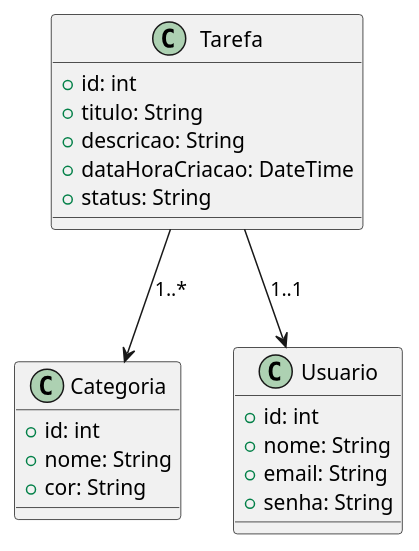
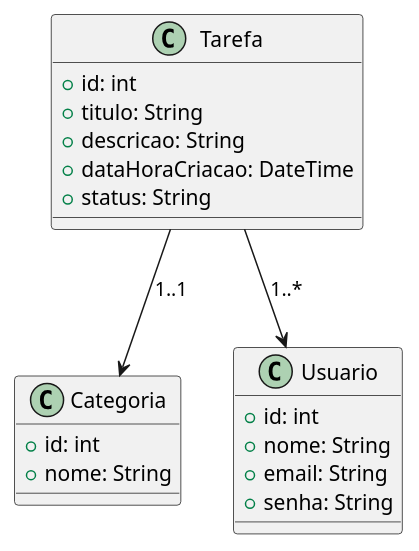
One commit to Pedro-Balestra/desafio-softpar changed the diagram in MER.plantuml. Above: the diagram before and after it, drawn with PlantUML. The commit also changed 9 other files, not shown here.

```diff
--- a/MER.plantuml
+++ b/MER.plantuml
@@ -1,25 +1,24 @@
 @startuml MER
 class Tarefa {
   +id: int
   +titulo: String
   +descricao: String
   +dataHoraCriacao: DateTime
   +status: String
 }
 
 class Categoria {
   +id: int
   +nome: String
-  +cor: String
 }
 
 class Usuario {
   +id: int
   +nome: String
   +email: String
   +senha: String
 }
 
-Tarefa --> Categoria : "1..*"
-Tarefa --> Usuario : "1..1"
+Tarefa --> Categoria : "1..1"
+Tarefa --> Usuario : "1..*"
 @enduml
```
